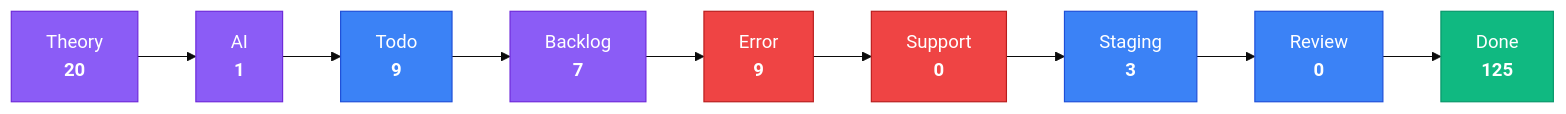
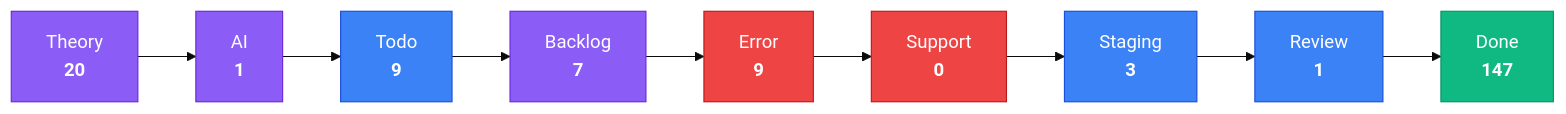
Before and after one commit to KBVE/kbve: the third of 4 diagrams in apps/kbve/astro-kbve/src/content/docs/dashboard/kanban-data.mdx, drawn with Mermaid (base theme). The commit also changed other lines of this file and 8 other files, not shown here.

````diff
--- a/apps/kbve/astro-kbve/src/content/docs/dashboard/kanban-data.mdx
+++ b/apps/kbve/astro-kbve/src/content/docs/dashboard/kanban-data.mdx
@@ -79,28 +80,28 @@
 ```mermaid
 flowchart LR
     classDef planning fill:#8b5cf6,stroke:#6d28d9,color:#fff
     classDef active fill:#3b82f6,stroke:#1d4ed8,color:#fff
     classDef blocked fill:#ef4444,stroke:#b91c1c,color:#fff
     classDef done fill:#10b981,stroke:#059669,color:#fff
     Theory["Theory<br/><strong>20</strong>"]
     Theory --> AI
     AI["AI<br/><strong>1</strong>"]
     AI --> Todo
     Todo["Todo<br/><strong>9</strong>"]
     Todo --> Backlog
     Backlog["Backlog<br/><strong>7</strong>"]
     Backlog --> Error
     Error["Error<br/><strong>9</strong>"]
     Error --> Support
     Support["Support<br/><strong>0</strong>"]
     Support --> Staging
     Staging["Staging<br/><strong>3</strong>"]
     Staging --> Review
-    Review["Review<br/><strong>0</strong>"]
+    Review["Review<br/><strong>1</strong>"]
     Review --> Done
-    Done["Done<br/><strong>125</strong>"]
+    Done["Done<br/><strong>147</strong>"]
     class Theory,AI,Backlog planning
     class Todo,Staging,Review active
     class Error,Support blocked
     class Done done
 ```
````
